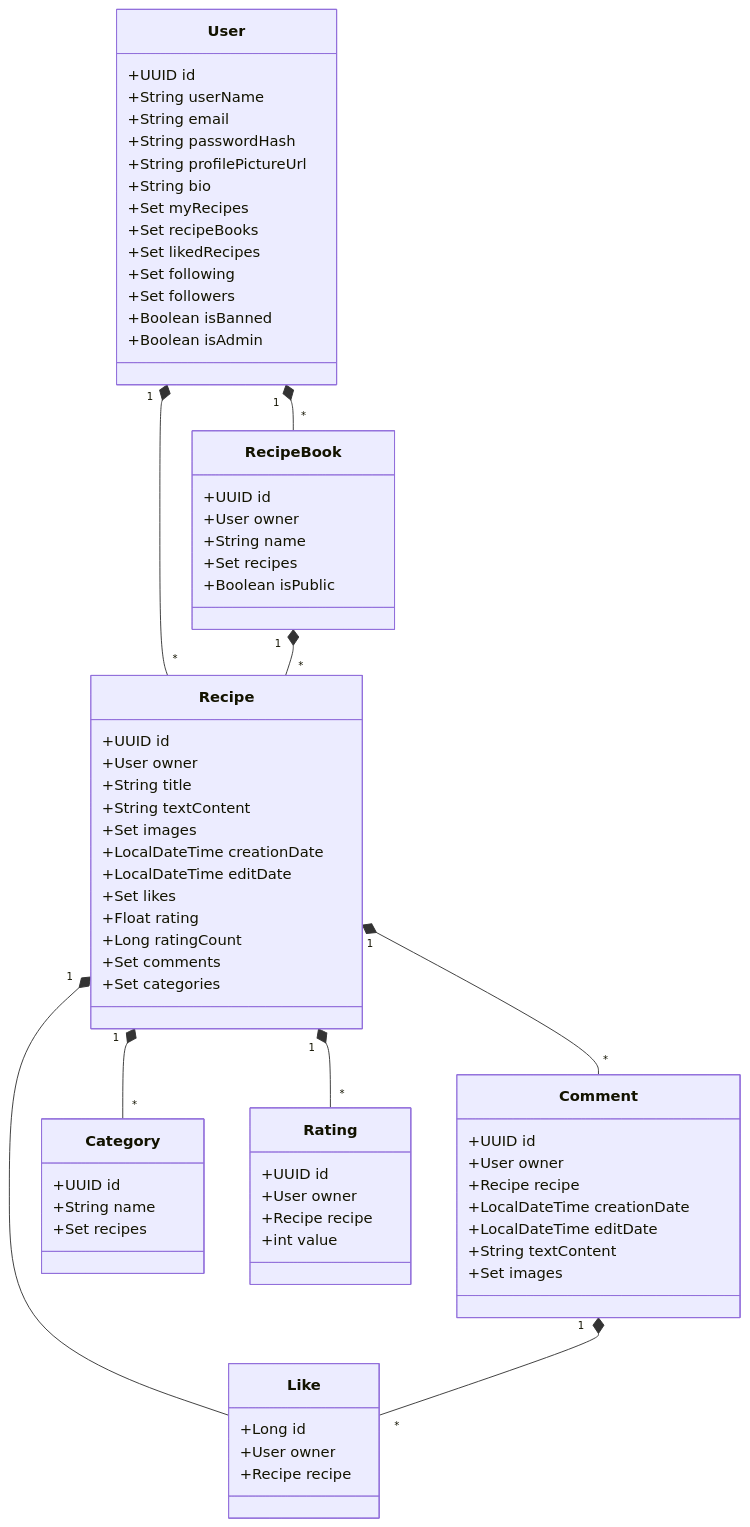
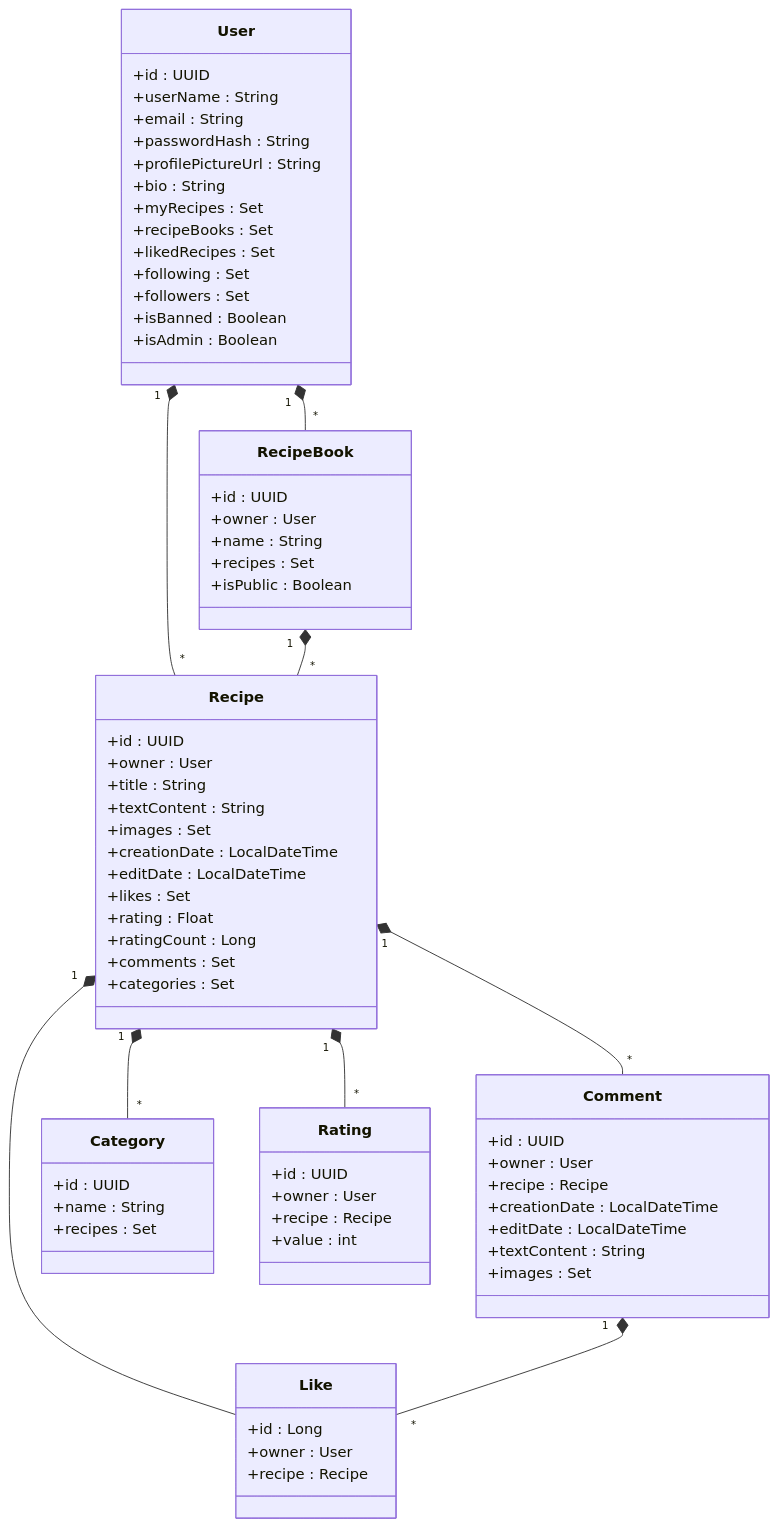
Before and after one commit to KczBen/hbv-601-h16: the first of 2 diagrams in Class Diagram.md, drawn with Mermaid. The commit also changed other lines of this file, not shown here.

Commit message:
Update diagram

````diff
--- a/Class Diagram.md
+++ b/Class Diagram.md
@@ -1,82 +1,82 @@
 ```mermaid
 classDiagram
     User "1" *-- "*" Recipe
     User "1" *-- "*" RecipeBook
 
     RecipeBook "1" *-- "*" Recipe
 
     Recipe "1" *-- "" Like
     Recipe "1" *-- "*" Comment
     Recipe "1" *-- "*" Category
     Recipe "1" *-- "*" Rating
 
     Comment "1" *-- "*" Like
 
     class User {
-        +UUID id
-        +String userName
-        +String email
-        +String passwordHash
-        +String profilePictureUrl
-        +String bio
-        +Set<Recipe> myRecipes
-        +Set<RecipeBook> recipeBooks
-        +Set<Recipe> likedRecipes
-        +Set<User> following
-        +Set<User> followers
-        +Boolean isBanned
-        +Boolean isAdmin
+        +id : UUID
+        +userName : String
+        +email : String
+        +passwordHash : String
+        +profilePictureUrl : String
+        +bio : String
+        +myRecipes : Set<Recipe>
+        +recipeBooks : Set<RecipeBook>
+        +likedRecipes : Set<Recipe>
+        +following : Set<User>
+        +followers : Set<User>
+        +isBanned : Boolean
+        +isAdmin : Boolean
     }
 
     class RecipeBook {
-        +UUID id
-        +User owner
-        +String name
-        +Set<Recipe> recipes
-        +Boolean isPublic
+        +id : UUID
+        +owner : User
+        +name : String
+        +recipes : Set<Recipe>
+        +isPublic : Boolean
     }
 
     class Recipe {
-        +UUID id
-        +User owner
-        +String title
-        +String textContent
-        +Set<String> images
-        +LocalDateTime creationDate
-        +LocalDateTime editDate
-        +Set<Like> likes
-        +Float rating
-        +Long ratingCount
-        +Set<Comment> comments
-        +Set<Category> categories
+        +id : UUID
+        +owner : User
+        +title : String
+        +textContent : String
+        +images : Set<String>
+        +creationDate : LocalDateTime
+        +editDate : LocalDateTime
+        +likes : Set<Like>
+        +rating : Float
+        +ratingCount : Long
+        +comments : Set<Comment>
+        +categories : Set<Category>
     }
 
     class Like {
-        +Long id
-        +User owner
-        +Recipe recipe
+        +id : Long
+        +owner : User
+        +recipe : Recipe
     }
 
     class Comment {
-        +UUID id
-        +User owner
-        +Recipe recipe
-        +LocalDateTime creationDate
-        +LocalDateTime editDate
-        +String textContent
-        +Set<String> images
+        +id : UUID
+        +owner : User
+        +recipe : Recipe
+        +creationDate : LocalDateTime
+        +editDate : LocalDateTime
+        +textContent : String
+        +images : Set<String>
     }
 
     class Category {
-        +UUID id
-        +String name
-        +Set<Recipe> recipes
+        +id : UUID
+        +name : String
+        +recipes : Set<Recipe>
     }
 
     class Rating {
-        +UUID id
-        +User owner
-        +Recipe recipe
-        +int value
+        +id : UUID
+        +owner : User
+        +recipe : Recipe
+        +value : int
     }
 ```
````
